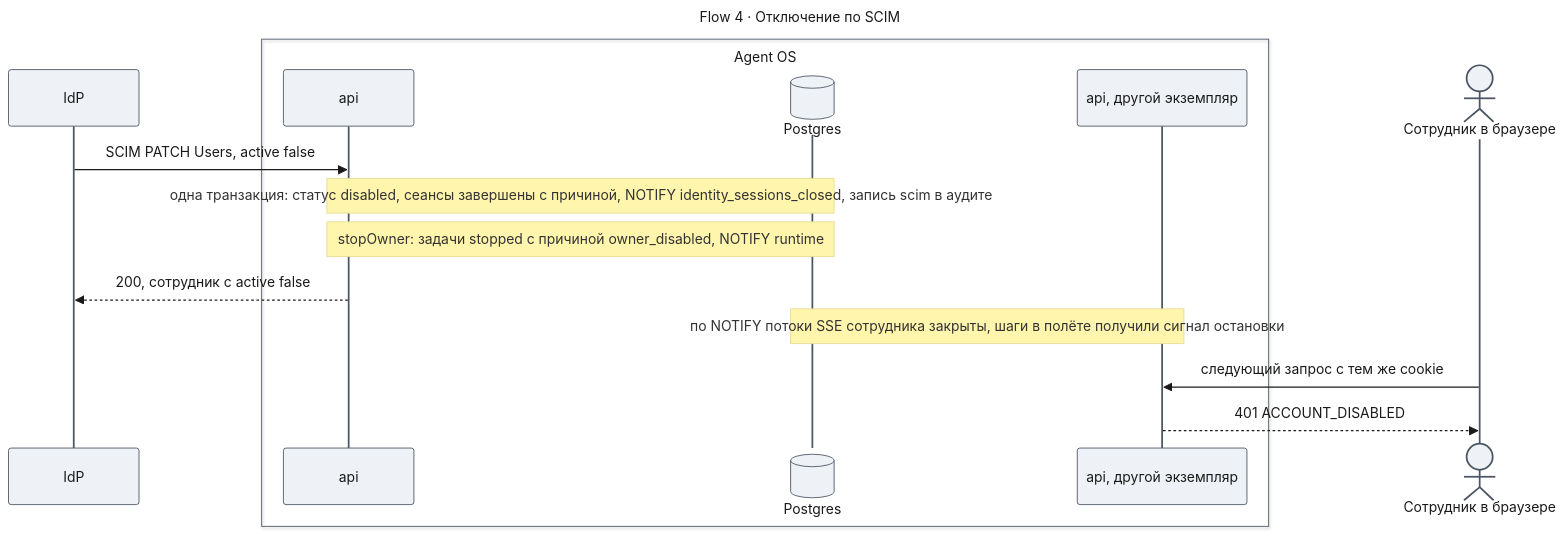
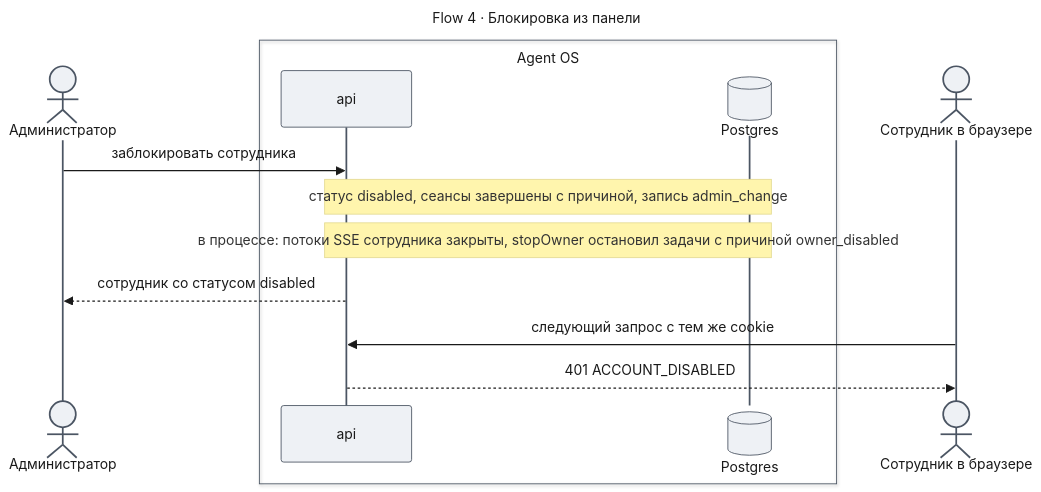
The ninth of 9 diagrams in docs/features/enterprise-access/design-identity.md (tundraray/agent-os), drawn with Mermaid before and after one commit. The commit also changed other lines of this file and 6 other files, not shown here.

Commit message:
docs(enterprise-access): cut SAML, SCIM, the lockout and the last-admin rule from identity

````diff
--- a/docs/features/enterprise-access/design-identity.md
+++ b/docs/features/enterprise-access/design-identity.md
@@ -677,35 +652,33 @@
 ```mermaid
 ---
-title: "Flow 4 · Отключение по SCIM"
+title: "Flow 4 · Блокировка из панели"
 config:
   theme: base
   look: classic
   themeVariables:
     primaryColor: "#eef1f5"
     primaryBorderColor: "#4b5563"
     primaryTextColor: "#1a1a1a"
     lineColor: "#6b7280"
   themeCSS: |
     @keyframes lit_f3{0%,22.5%{stroke:#991b1b;stroke-width:6px}25%,100%{stroke:#37474f;stroke-width:2px}}
     @keyframes litr_f3{0%,22.5%{stroke:#1d4ed8;stroke-width:6px}25%,100%{stroke:#37474f;stroke-width:2px}}
     .messageLine0[data-id='i0'],.messageLine1[data-id='i0']{animation:lit_f3 4.8s linear 0s infinite}
     .messageLine0[data-id='i3'],.messageLine1[data-id='i3']{animation:litr_f3 4.8s linear 1.2s infinite}
-    .messageLine0[data-id='i5'],.messageLine1[data-id='i5']{animation:lit_f3 4.8s linear 2.4s infinite}
-    .messageLine0[data-id='i6'],.messageLine1[data-id='i6']{animation:litr_f3 4.8s linear 3.6s infinite}
+    .messageLine0[data-id='i4'],.messageLine1[data-id='i4']{animation:lit_f3 4.8s linear 2.4s infinite}
+    .messageLine0[data-id='i5'],.messageLine1[data-id='i5']{animation:litr_f3 4.8s linear 3.6s infinite}
 ---
 sequenceDiagram
-    participant I as IdP
+    actor G as Администратор
     box Agent OS
     participant A as api
     participant DB@{ "type": "database" } as Postgres
-    participant B as api, другой экземпляр
     end
     actor U as Сотрудник в браузере
-    I->>A: SCIM PATCH Users, active false
-    Note over A,DB: одна транзакция: статус disabled, сеансы завершены с причиной, NOTIFY identity_sessions_closed, запись scim в аудите
-    Note over A,DB: stopOwner: задачи stopped с причиной owner_disabled, NOTIFY runtime
-    A-->>I: 200, сотрудник с active false
-    Note over DB,B: по NOTIFY потоки SSE сотрудника закрыты, шаги в полёте получили сигнал остановки
-    U->>B: следующий запрос с тем же cookie
-    B-->>U: 401 ACCOUNT_DISABLED
+    G->>A: заблокировать сотрудника
+    Note over A,DB: статус disabled, сеансы завершены с причиной, запись admin_change
+    Note over A,DB: в процессе: потоки SSE сотрудника закрыты, stopOwner остановил задачи с причиной owner_disabled
+    A-->>G: сотрудник со статусом disabled
+    U->>A: следующий запрос с тем же cookie
+    A-->>U: 401 ACCOUNT_DISABLED
 ```
````
